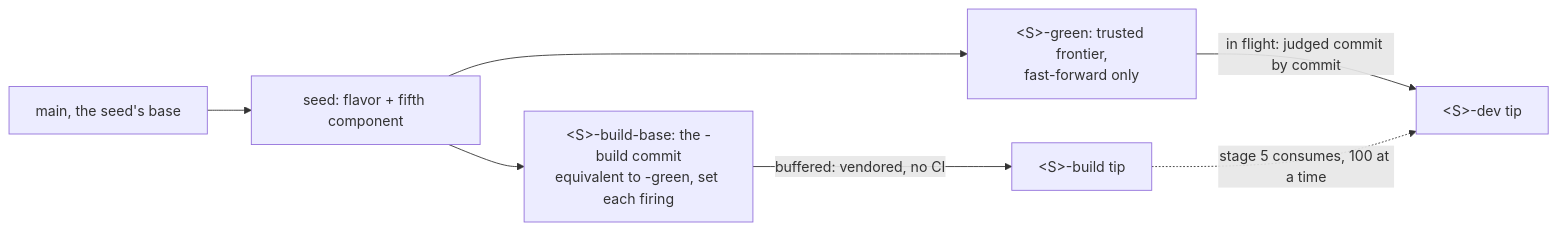
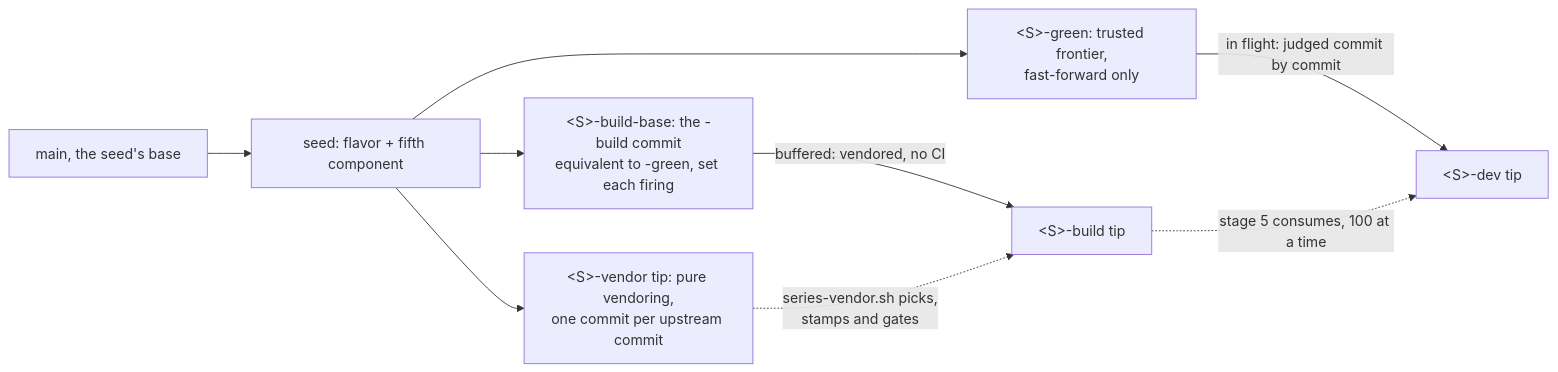
One commit to duckdb/duckdb-r changed the first of 2 diagrams in handbook/branches/model/README.md. Above: the diagram before and after it, drawn with Mermaid. The commit also changed other lines of this file and 20 other files, not shown here.

First line of the commit message:
feat(series): Vendor each commit once, onto a strand a forward rebases (#2910)

````diff
--- a/handbook/branches/model/README.md
+++ b/handbook/branches/model/README.md
@@ -53,9 +67,11 @@
 ```mermaid
 flowchart LR
   main["main, the seed's base"] --> seed["seed: flavor + fifth component"]
   seed --> green["#60;S#62;-green: trusted frontier,<br>fast-forward only"]
   green -->|"in flight: judged commit by commit"| dev["#60;S#62;-dev tip"]
   seed --> bb["#60;S#62;-build-base: the -build commit<br>equivalent to -green, set each firing"]
   bb -->|"buffered: vendored, no CI"| build["#60;S#62;-build tip"]
+  seed --> vendor["#60;S#62;-vendor tip: pure vendoring,<br>one commit per upstream commit"]
+  vendor -.->|"series-vendor.sh picks,<br>stamps and gates"| build
   build -.->|"stage 5 consumes, 100 at a time"| dev
 ```
````
